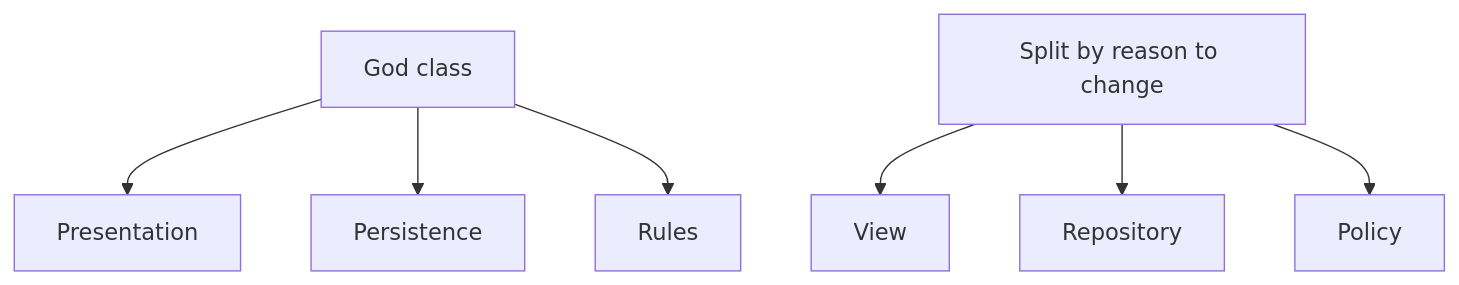
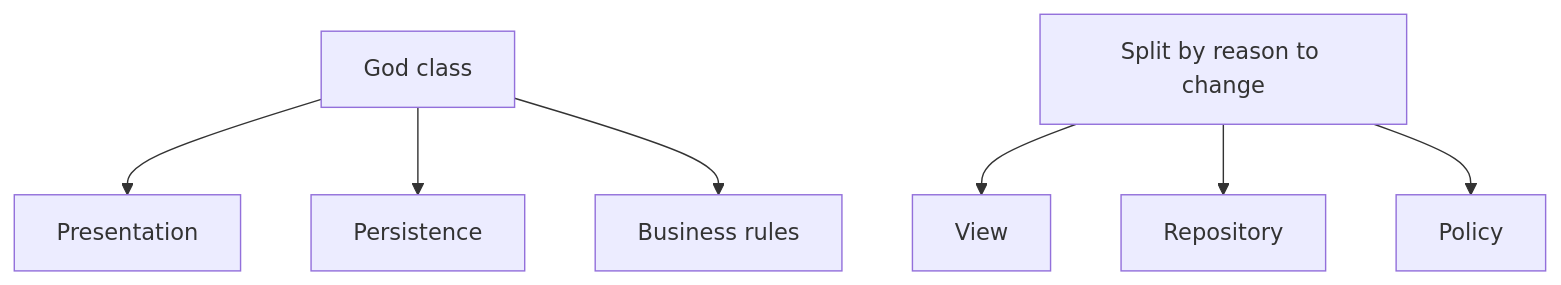
The diagram in _cleancode/ch10-classes.md (pmagnomuller/pmagnomuller.github.io), drawn with Mermaid before and after one commit. The commit also changed other lines of this file and 28 other files, not shown here.

````diff
--- a/_cleancode/ch10-classes.md
+++ b/_cleancode/ch10-classes.md
@@ -21,9 +36,9 @@
 ```mermaid
 flowchart TD
   God[God class] --> A[Presentation]
   God --> B[Persistence]
-  God --> C[Rules]
+  God --> C[Business rules]
   Split[Split by reason to change] --> A2[View]
   Split --> B2[Repository]
   Split --> C2[Policy]
 ```
````
